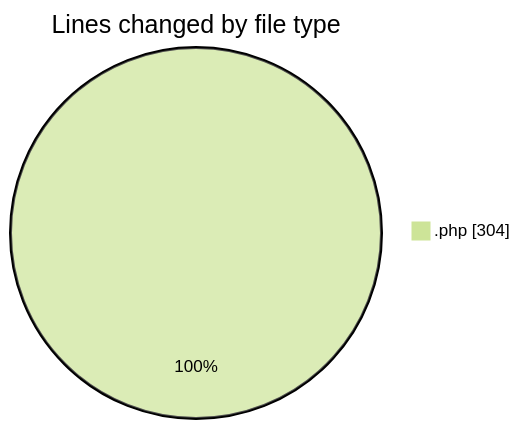
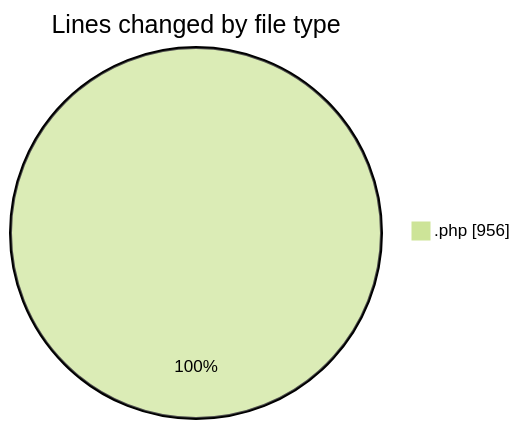
One commit to debugP/code-tracking changed the first of 2 diagrams in 2026-10-12/untitled__workspace_/README.md. Above: the diagram before and after it, drawn with Mermaid (forest theme). The commit also changed other lines of this file and 1 other file, not shown here.

````diff
--- a/2026-10-12/untitled__workspace_/README.md
+++ b/2026-10-12/untitled__workspace_/README.md
@@ -22,5 +23,5 @@
 ```mermaid
 pie showData
 title Lines changed by file type
-".php" : 304
+".php" : 956
 ```
````
